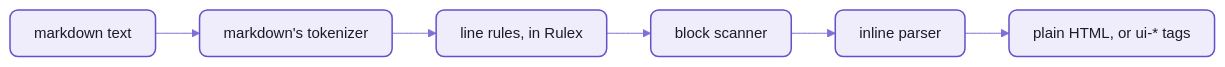
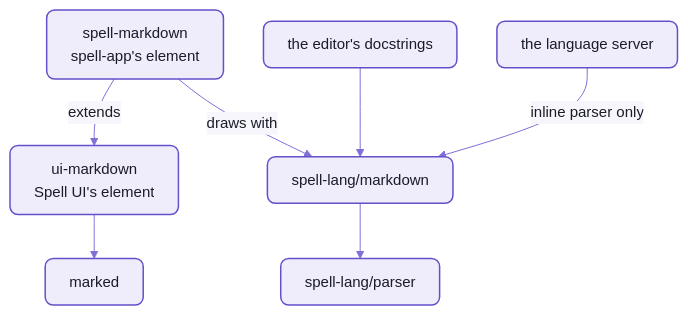
Before and after one commit to spell-app/spell: the second of 2 diagrams in parser/README-markdown.md, drawn with Mermaid. The commit also changed other lines of this file and 7 other files, not shown here.

Commit message:
readme P11:  Voice Rewrite -- spell-lang's seven pages in the chosen voice

````diff
--- a/parser/README-markdown.md
+++ b/parser/README-markdown.md
@@ -15,11 +279,12 @@
 ```mermaid
 %%{init: {"theme":"base","themeVariables":{"fontFamily":"-apple-system, BlinkMacSystemFont, Segoe UI, Helvetica, Arial, sans-serif","fontSize":"15px","primaryColor":"#EFECFB","primaryBorderColor":"#6550CA","primaryTextColor":"#1A1C27","secondaryColor":"#F4F1E9","tertiaryColor":"#F7F6FC","lineColor":"#7F6FD6","textColor":"#7F6FD6","clusterBkg":"#F7F6FC","clusterBorder":"#B9B0E8","titleColor":"#1A1C27","edgeLabelBackground":"#F7F6FC","actorBkg":"#EFECFB","actorBorder":"#6550CA","actorTextColor":"#1A1C27","actorLineColor":"#9C90DE","signalColor":"#7F6FD6","signalTextColor":"#7F6FD6","labelBoxBkgColor":"#EFECFB","labelBoxBorderColor":"#6550CA","labelTextColor":"#1A1C27","loopTextColor":"#7F6FD6","noteBkgColor":"#F1E7D4","noteBorderColor":"#C9B48A","noteTextColor":"#1A1C27","activationBkgColor":"#DCD6F7","activationBorderColor":"#6550CA","sequenceNumberColor":"#FFFFFF"},"flowchart":{"curve":"basis","padding":12,"nodeSpacing":40,"rankSpacing":44}}}%%
-flowchart LR
-  text[markdown text] --> tokenizer[markdown's tokenizer]
-  tokenizer --> lines[line rules, in Rulex]
-  lines --> blocks[block scanner]
-  blocks --> inlines[inline parser]
-  inlines --> out[plain HTML, or ui-* tags]
+flowchart TB
+  spmd["spell-markdown<br/>spell-app's element"] -- extends --> uimd["ui-markdown<br/>Spell UI's element"]
+  spmd -- "draws with" --> md["spell-lang/markdown"]
+  docs["the editor's docstrings"] --> md
+  lsp["the language server"] -- "inline parser only" --> md
+  uimd --> marked["marked"]
+  md --> parser["spell-lang/parser"]
   %% the Spell look:  yarn mermaid:pretty
   classDef default fill:#EFECFB,stroke:#6550CA,stroke-width:1.5px,color:#1A1C27,rx:8px,ry:8px
 ```
````
